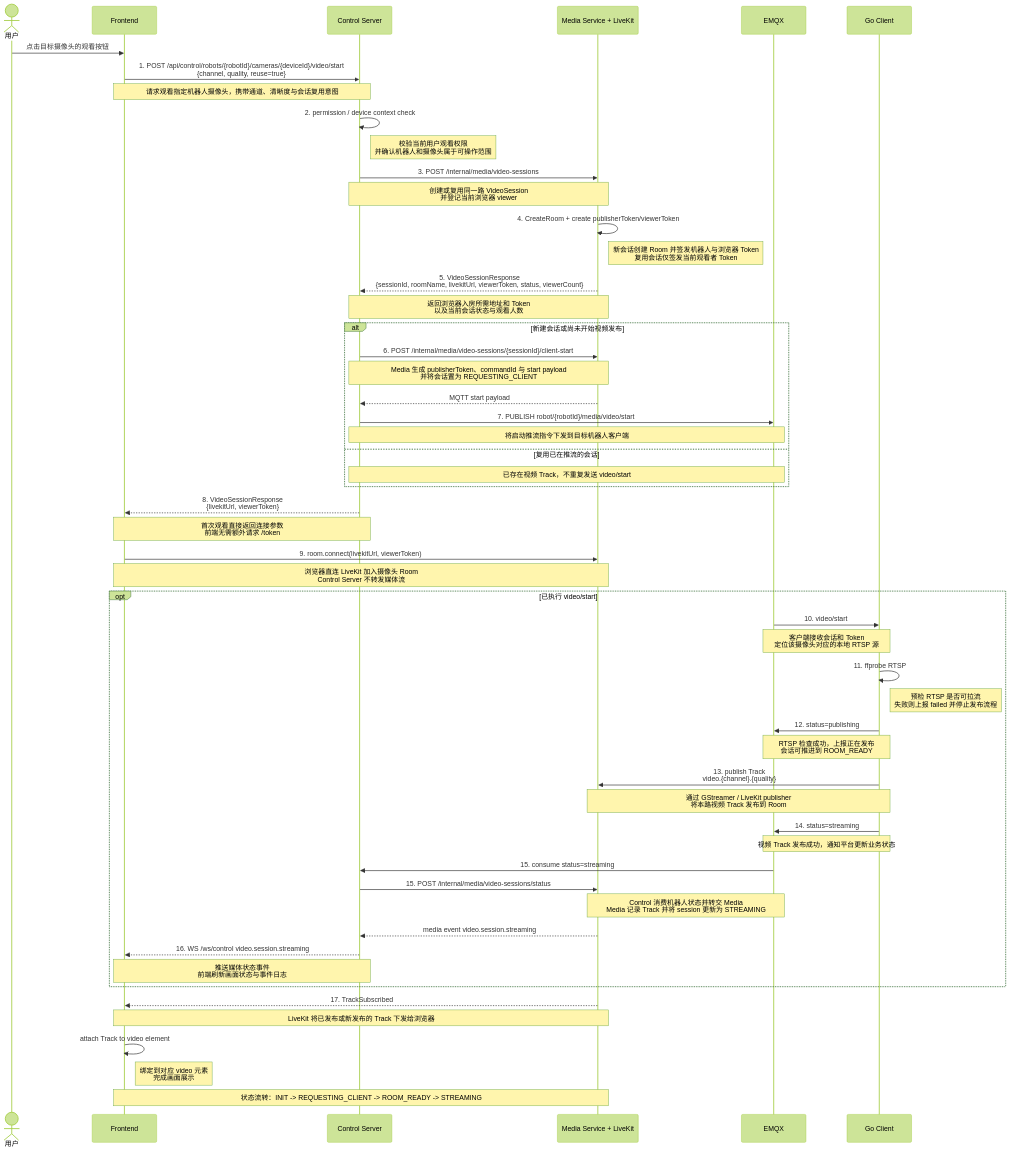
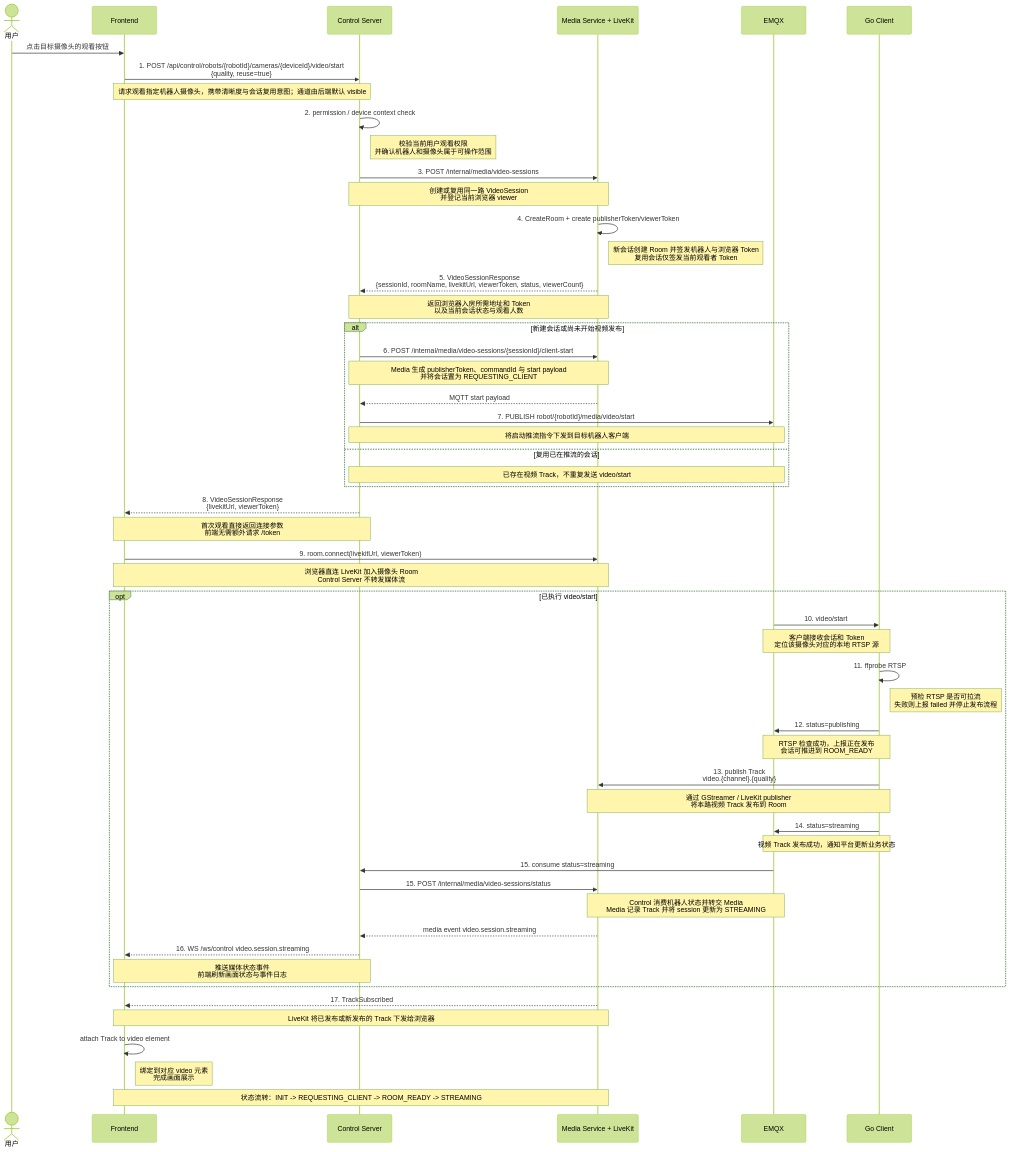
One commit to waleelay/robot changed the diagram in docs/realtime-video-normal-play-sequence.md. Above: the diagram before and after it, drawn with Mermaid (forest theme). The commit also changed 15 other files, not shown here.

Commit message:
状态上报数据结构改动要点： -客户端 media/client/status 不再上报 clientVersion、onlineStatus、devices[]。 -cameras[] 收敛为 cameraId/deviceId/name/quality。 -后端机器人状态接收、DTO、注册缓存、robot.state 广播按新结构输出。 -前端不再依赖相机 channel/groupType/status，启动视频/对讲时让后端使用默认通道。 -BFF mock 的相机结构同步收敛。 -相关文档同步修改。

````diff
--- a/docs/realtime-video-normal-play-sequence.md
+++ b/docs/realtime-video-normal-play-sequence.md
@@ -1,73 +1,73 @@
 ```mermaid
 sequenceDiagram
     actor U as 用户
     participant FE as Frontend
     participant CS as Control Server
     participant ML as Media Service + LiveKit
     participant MQ as EMQX
     participant GO as Go Client
 
     U->>FE: 点击目标摄像头的观看按钮
-    FE->>CS: 1. POST /api/control/robots/{robotId}/cameras/{deviceId}/video/start<br/>{channel, quality, reuse=true}
-    Note over FE,CS: 请求观看指定机器人摄像头，携带通道、清晰度与会话复用意图
+    FE->>CS: 1. POST /api/control/robots/{robotId}/cameras/{deviceId}/video/start<br/>{quality, reuse=true}
+    Note over FE,CS: 请求观看指定机器人摄像头，携带清晰度与会话复用意图；通道由后端默认 visible
 
     CS->>CS: 2. permission / device context check
     Note right of CS: 校验当前用户观看权限<br/>并确认机器人和摄像头属于可操作范围
 
     CS->>ML: 3. POST /internal/media/video-sessions
     Note over CS,ML: 创建或复用同一路 VideoSession<br/>并登记当前浏览器 viewer
 
     ML->>ML: 4. CreateRoom + create publisherToken/viewerToken
     Note right of ML: 新会话创建 Room 并签发机器人与浏览器 Token<br/>复用会话仅签发当前观看者 Token
 
     ML-->>CS: 5. VideoSessionResponse<br/>{sessionId, roomName, livekitUrl, viewerToken, status, viewerCount}
     Note over ML,CS: 返回浏览器入房所需地址和 Token<br/>以及当前会话状态与观看人数
 
     alt 新建会话或尚未开始视频发布
         CS->>ML: 6. POST /internal/media/video-sessions/{sessionId}/client-start
         Note over CS,ML: Media 生成 publisherToken、commandId 与 start payload<br/>并将会话置为 REQUESTING_CLIENT
         ML-->>CS: MQTT start payload
         CS->>MQ: 7. PUBLISH robot/{robotId}/media/video/start
         Note over CS,MQ: 将启动推流指令下发到目标机器人客户端
     else 复用已在推流的会话
         Note over CS,MQ: 已存在视频 Track，不重复发送 video/start
     end
 
     CS-->>FE: 8. VideoSessionResponse<br/>{livekitUrl, viewerToken}
     Note over CS,FE: 首次观看直接返回连接参数<br/>前端无需额外请求 /token
 
     FE->>ML: 9. room.connect(livekitUrl, viewerToken)
     Note over FE,ML: 浏览器直连 LiveKit 加入摄像头 Room<br/>Control Server 不转发媒体流
 
     opt 已执行 video/start
         MQ->>GO: 10. video/start
         Note over MQ,GO: 客户端接收会话和 Token<br/>定位该摄像头对应的本地 RTSP 源
 
         GO->>GO: 11. ffprobe RTSP
         Note right of GO: 预检 RTSP 是否可拉流<br/>失败则上报 failed 并停止发布流程
 
         GO->>MQ: 12. status=publishing
         Note over GO,MQ: RTSP 检查成功，上报正在发布<br/>会话可推进到 ROOM_READY
 
         GO->>ML: 13. publish Track<br/>video.{channel}.{quality}
         Note over GO,ML: 通过 GStreamer / LiveKit publisher<br/>将本路视频 Track 发布到 Room
 
         GO->>MQ: 14. status=streaming
         Note over GO,MQ: 视频 Track 发布成功，通知平台更新业务状态
 
         MQ->>CS: 15. consume status=streaming
         CS->>ML: 15. POST /internal/media/video-sessions/status
         Note over MQ,ML: Control 消费机器人状态并转交 Media<br/>Media 记录 Track 并将 session 更新为 STREAMING
 
         ML-->>CS: media event video.session.streaming
         CS-->>FE: 16. WS /ws/control video.session.streaming
         Note over CS,FE: 推送媒体状态事件<br/>前端刷新画面状态与事件日志
     end
 
     ML-->>FE: 17. TrackSubscribed
     Note over ML,FE: LiveKit 将已发布或新发布的 Track 下发给浏览器
     FE->>FE: attach Track to video element
     Note right of FE: 绑定到对应 video 元素<br/>完成画面展示
 
     Note over FE,ML: 状态流转：INIT -> REQUESTING_CLIENT -> ROOM_READY -> STREAMING
 ```
````
